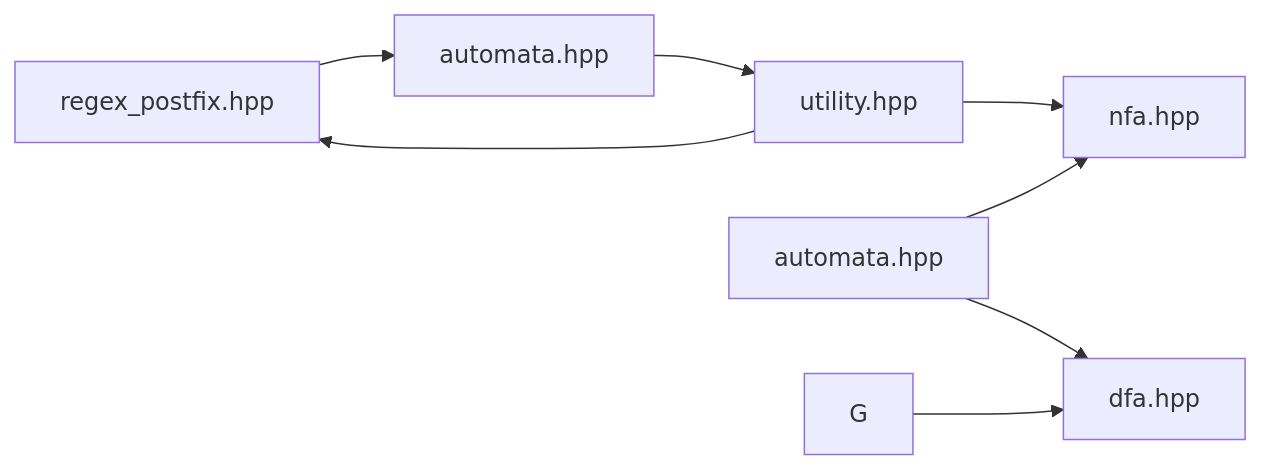
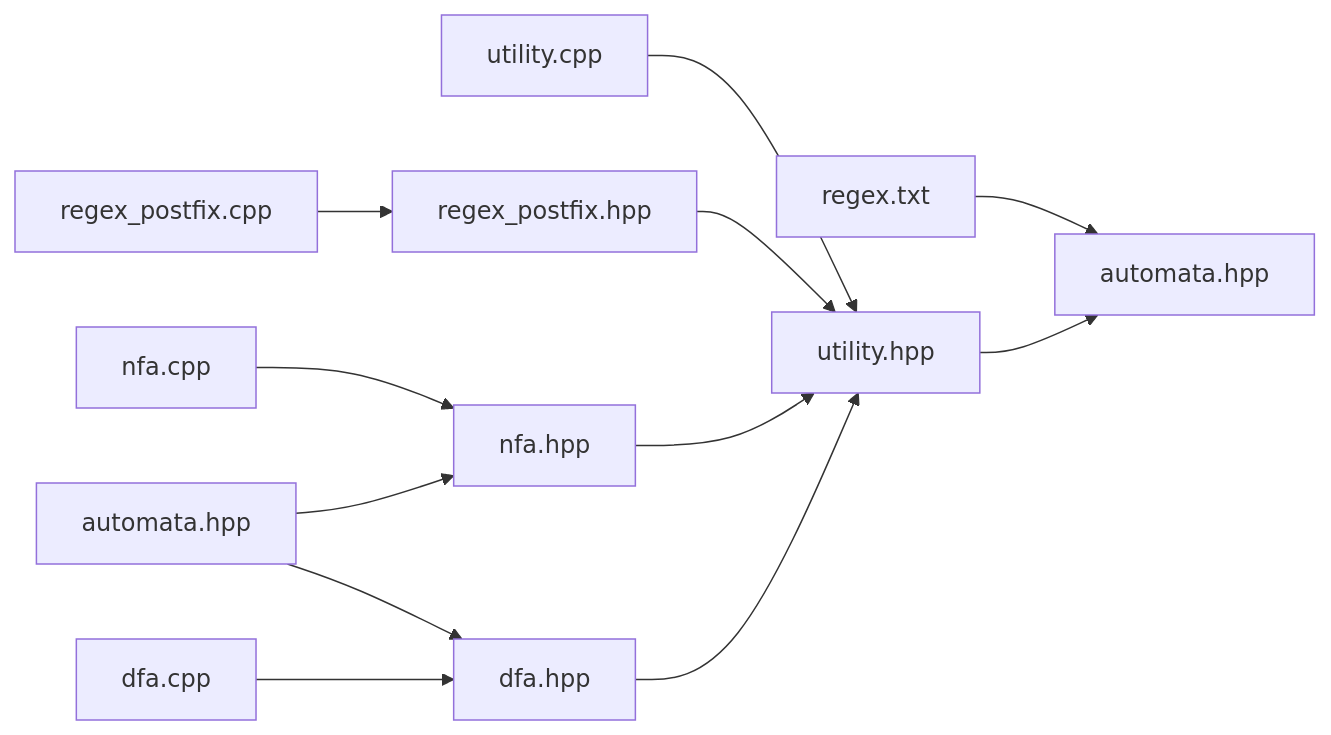
Before and after one commit to sauravatgithub-web/Compiler: the first of 2 diagrams in README.md, drawn with Mermaid. The commit also changed other lines of this file and 1 other file, not shown here.

````diff
--- a/README.md
+++ b/README.md
@@ -39,10 +43,14 @@
 ```mermaid
 flowchart LR
     R[regex.txt] --> HPP[automata.hpp]
-    HPP --> U[utility.hpp]
-    U --> R[regex_postfix.hpp]
-    U --> N[nfa.hpp]
-    A[automata.hpp] --> N
-    G --> D[dfa.hpp]
-    A --> D
+    UH[utility.hpp] --> HPP
+    UC[utility.cpp] --> UH
+    RH[regex_postfix.hpp] --> UH
+    RC[regex_postfix.cpp] --> RH
+    NH[nfa.hpp] --> UH
+    NC[nfa.cpp] -->NH
+    A[automata.hpp] --> NH
+    DH[dfa.hpp] --> UH
+    DC[dfa.cpp] --> DH
+    A --> DH
 ```
````
